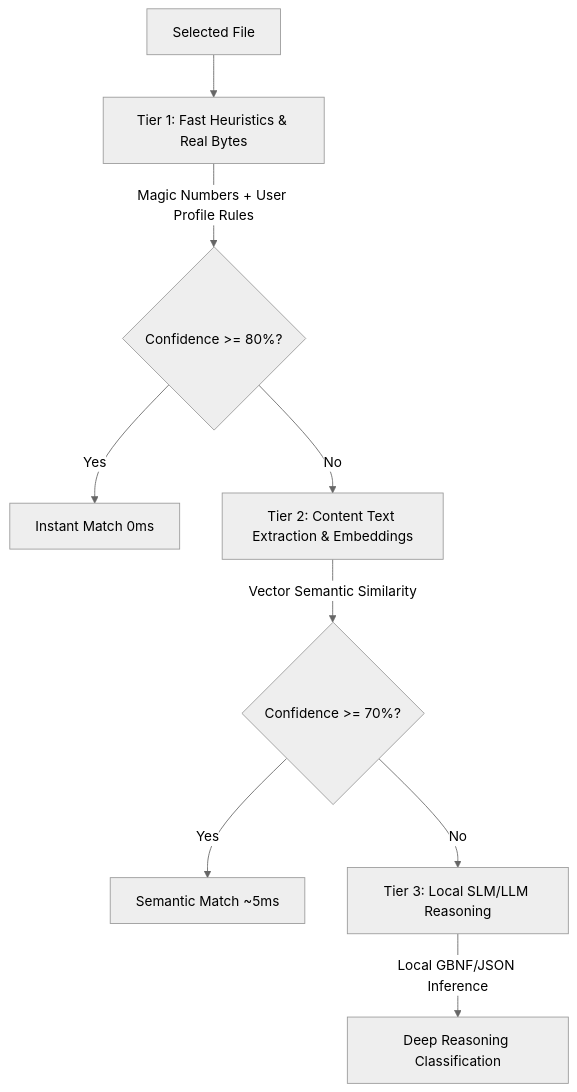
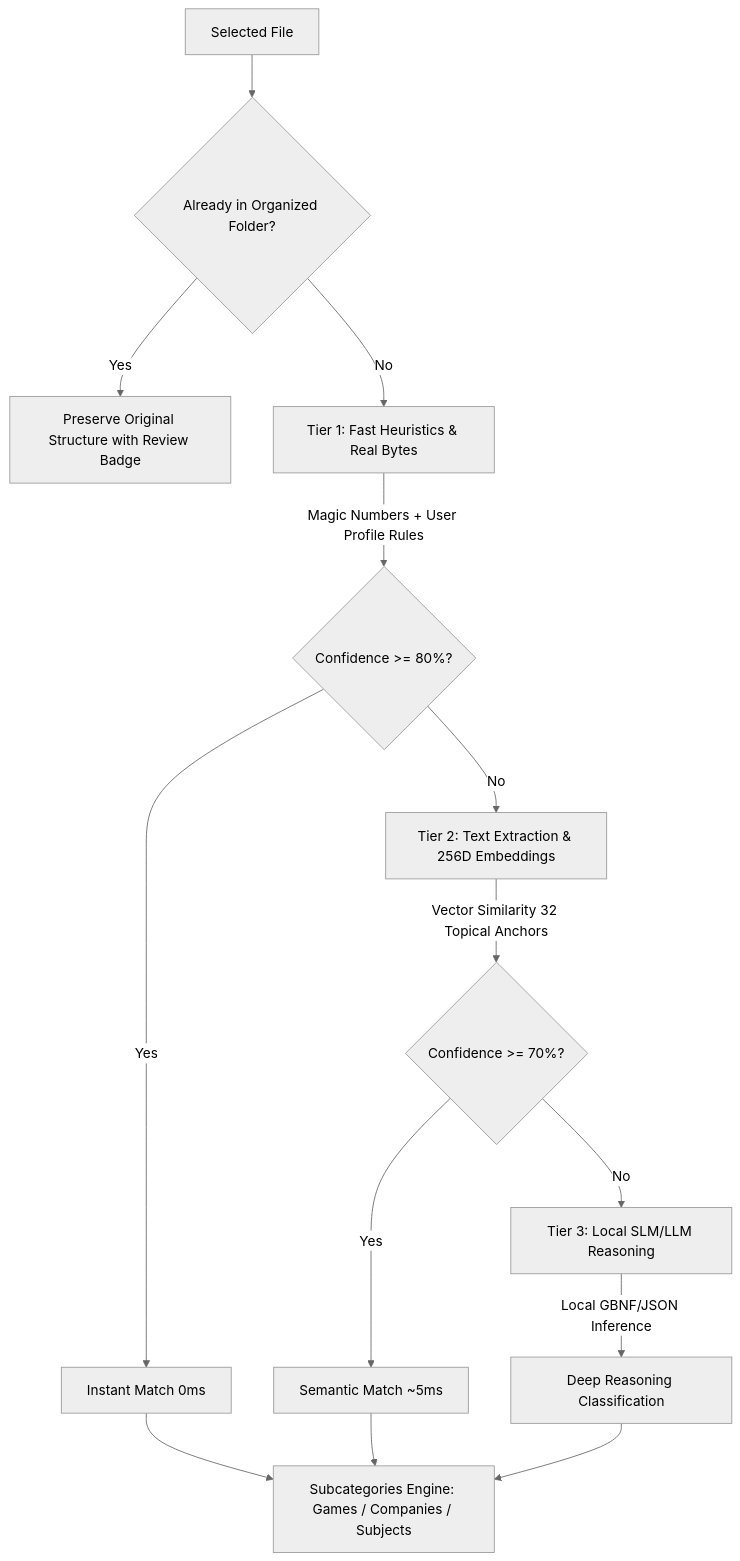
The first of 2 diagrams in README_EN.md (pongitV/Indexo), drawn with Mermaid (neutral theme) before and after one commit. The commit also changed other lines of this file and 1 other file, not shown here.

````diff
--- a/README_EN.md
+++ b/README_EN.md
@@ -74,11 +78,16 @@
 ```mermaid
 graph TD
-    A[Selected File] --> B[Tier 1: Fast Heuristics & Real Bytes]
+    A[Selected File] --> P{Already in Organized Folder?}
+    P -->|Yes| PRESERV[Preserve Original Structure with Review Badge]
+    P -->|No| B[Tier 1: Fast Heuristics & Real Bytes]
     B -->|Magic Numbers + User Profile Rules| Z{Confidence >= 80%?}
     Z -->|Yes| R1[Instant Match 0ms]
-    Z -->|No| C[Tier 2: Content Text Extraction & Embeddings]
-    C -->|Vector Semantic Similarity| Y{Confidence >= 70%?}
+    Z -->|No| C[Tier 2: Text Extraction & 256D Embeddings]
+    C -->|Vector Similarity 32 Topical Anchors| Y{Confidence >= 70%?}
     Y -->|Yes| R2[Semantic Match ~5ms]
     Y -->|No| D[Tier 3: Local SLM/LLM Reasoning]
     D -->|Local GBNF/JSON Inference| R3[Deep Reasoning Classification]
+    R1 --> SUB[Subcategories Engine: Games / Companies / Subjects]
+    R2 --> SUB
+    R3 --> SUB
 ```
````
